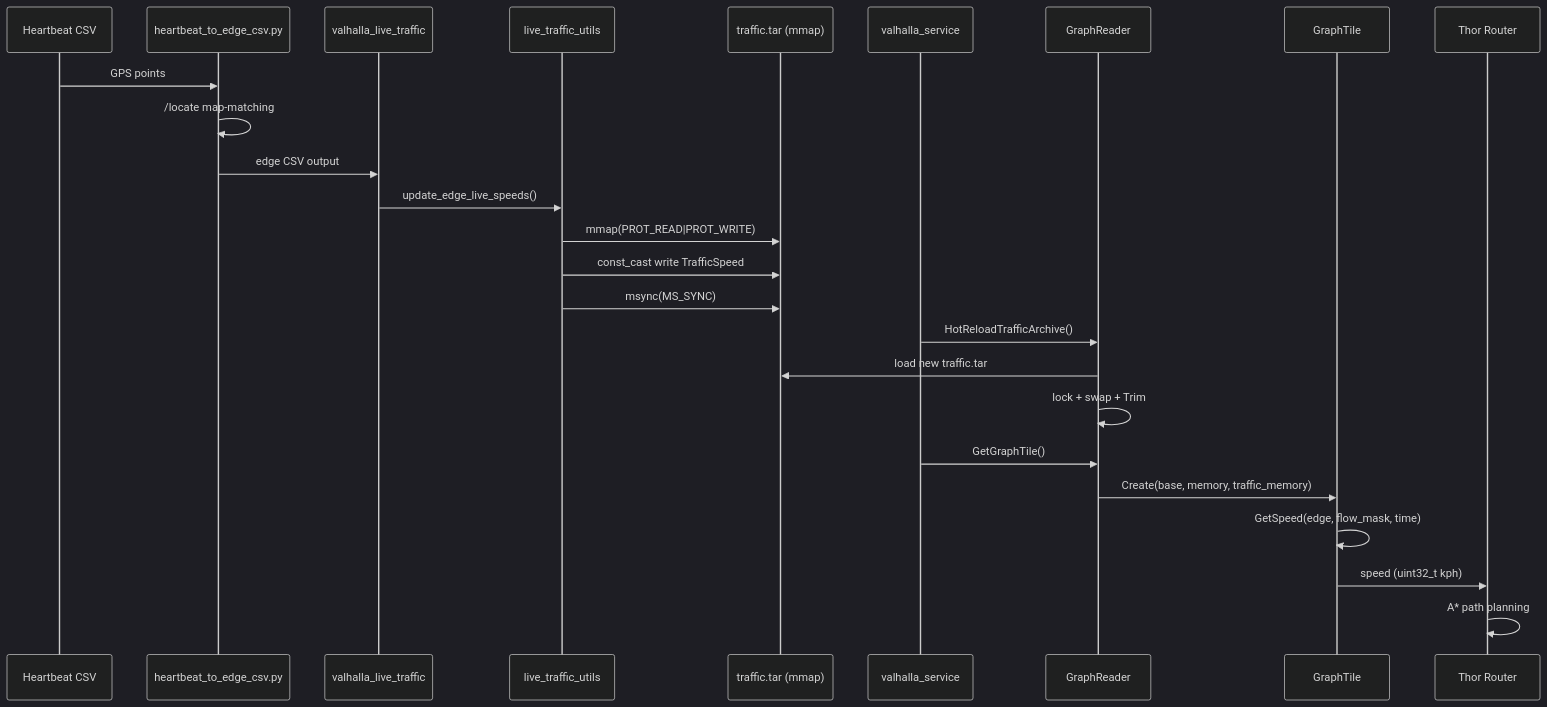
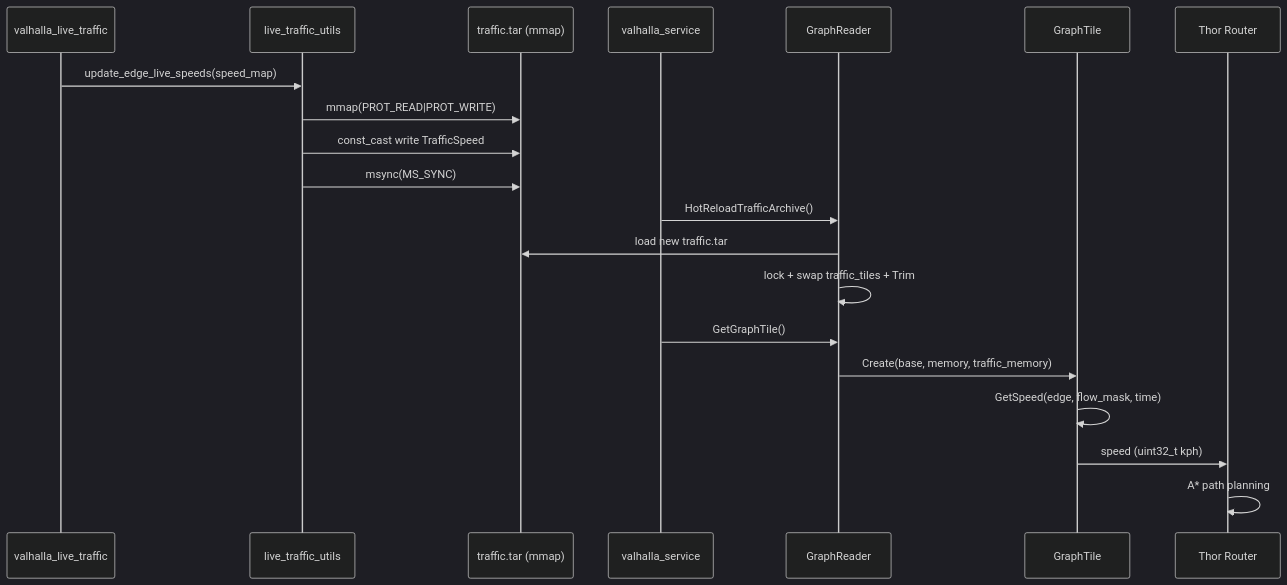
The second of 2 diagrams in README.md (YiZe-Rao/valhalla_hotreload), drawn with Mermaid (dark theme) before and after one commit. The commit also changed other lines of this file and 22 other files, not shown here.

First line of the commit message:
cleanup: remove tiles, screenshots and large data; refocus README on real-time speed

````diff
--- a/README.md
+++ b/README.md
@@ -75,30 +54,25 @@
 ```mermaid
 sequenceDiagram
-    participant CSV as Heartbeat CSV
-    participant Script as heartbeat_to_edge_csv.py
     participant CLI as valhalla_live_traffic
     participant Utils as live_traffic_utils
     participant Tar as traffic.tar (mmap)
     participant Service as valhalla_service
     participant GR as GraphReader
     participant GT as GraphTile
     participant Router as Thor Router
 
-    CSV->>Script: GPS points
-    Script->>Script: /locate map-matching
-    Script->>CLI: edge CSV output
-    CLI->>Utils: update_edge_live_speeds()
+    CLI->>Utils: update_edge_live_speeds(speed_map)
     Utils->>Tar: mmap(PROT_READ|PROT_WRITE)
     Utils->>Tar: const_cast write TrafficSpeed
     Utils->>Tar: msync(MS_SYNC)
 
     Service->>GR: HotReloadTrafficArchive()
     GR->>Tar: load new traffic.tar
-    GR->>GR: lock + swap + Trim
+    GR->>GR: lock + swap traffic_tiles + Trim
 
     Service->>GR: GetGraphTile()
     GR->>GT: Create(base, memory, traffic_memory)
     GT->>GT: GetSpeed(edge, flow_mask, time)
     GT->>Router: speed (uint32_t kph)
     Router->>Router: A* path planning
 ```
````
